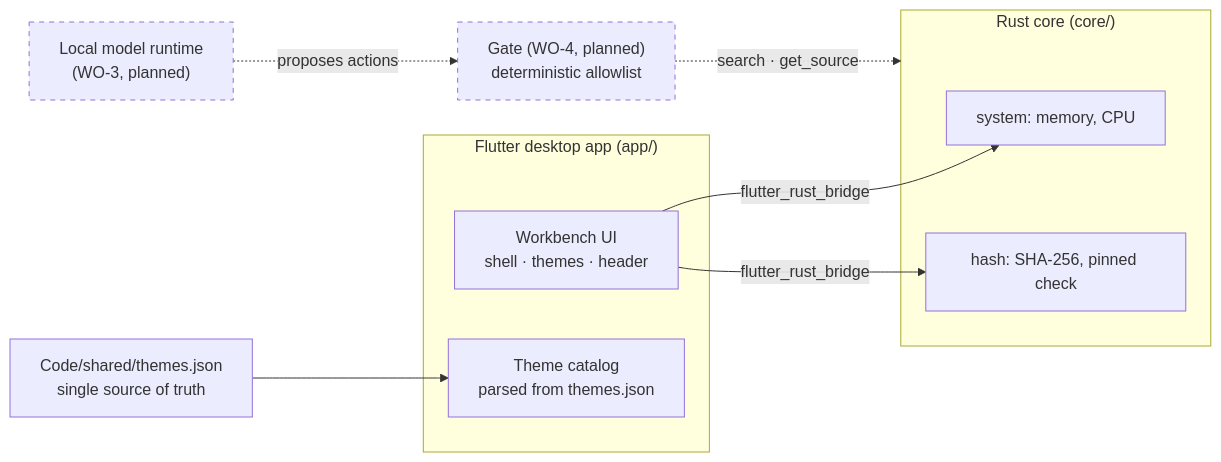
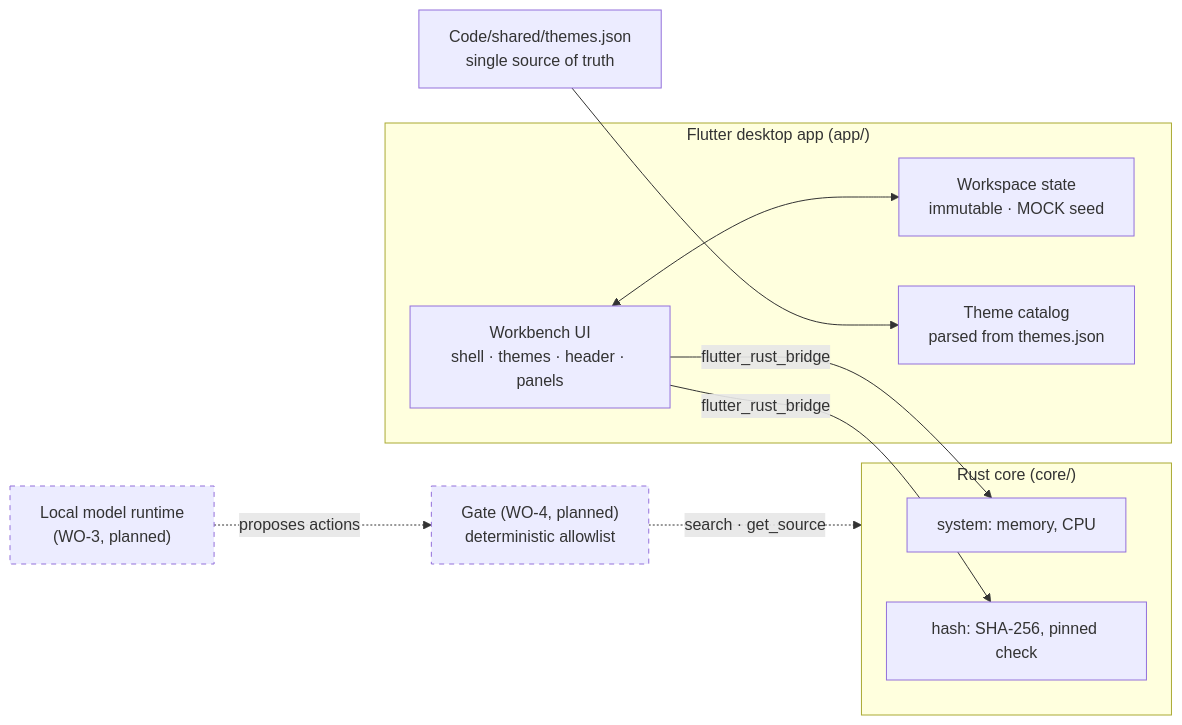
Before and after one commit to 87Supreme-cell/Ermias: the diagram in README.md, drawn with Mermaid. The commit also changed other lines of this file and 3 other files, not shown here.

Commit message:
docs: README, architecture and WO-2 smoke results

````diff
--- a/README.md
+++ b/README.md
@@ -43,19 +51,21 @@
 ```mermaid
 flowchart LR
   subgraph App["Flutter desktop app (app/)"]
-    UI["Workbench UI<br/>shell · themes · header"]
+    UI["Workbench UI<br/>shell · themes · header · panels"]
+    WS["Workspace state<br/>immutable · MOCK seed"]
     Themes["Theme catalog<br/>parsed from themes.json"]
   end
   subgraph Core["Rust core (core/)"]
     Sys["system: memory, CPU"]
     Hash["hash: SHA-256, pinned check"]
   end
   Spec["Code/shared/themes.json<br/>single source of truth"] --> Themes
+  UI <--> WS
   UI -- "flutter_rust_bridge" --> Sys
   UI -- "flutter_rust_bridge" --> Hash
   Gate["Gate (WO-4, planned)<br/>deterministic allowlist"]:::planned
   Model["Local model runtime<br/>(WO-3, planned)"]:::planned
   Model -. "proposes actions" .-> Gate
   Gate -. "search · get_source" .-> Core
   classDef planned stroke-dasharray: 5 5
 ```
````
